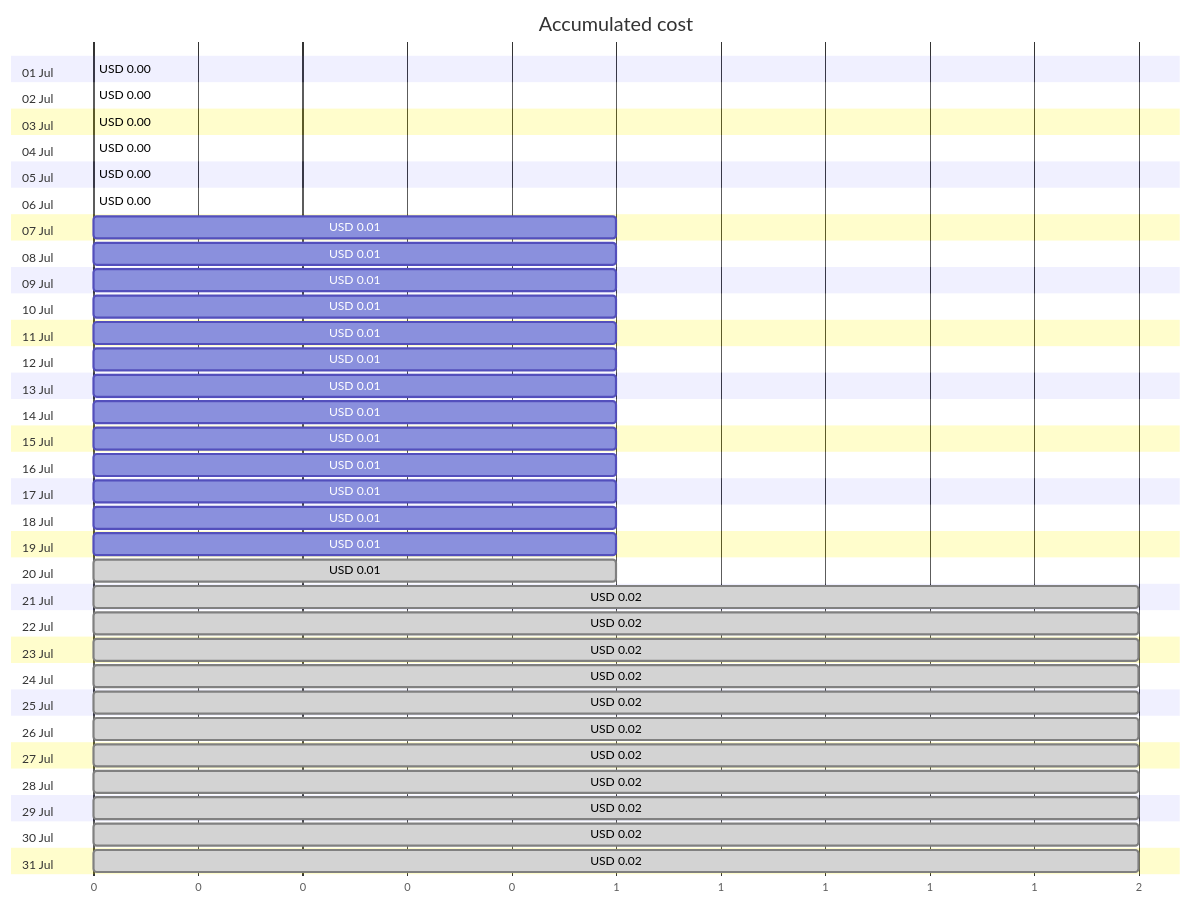
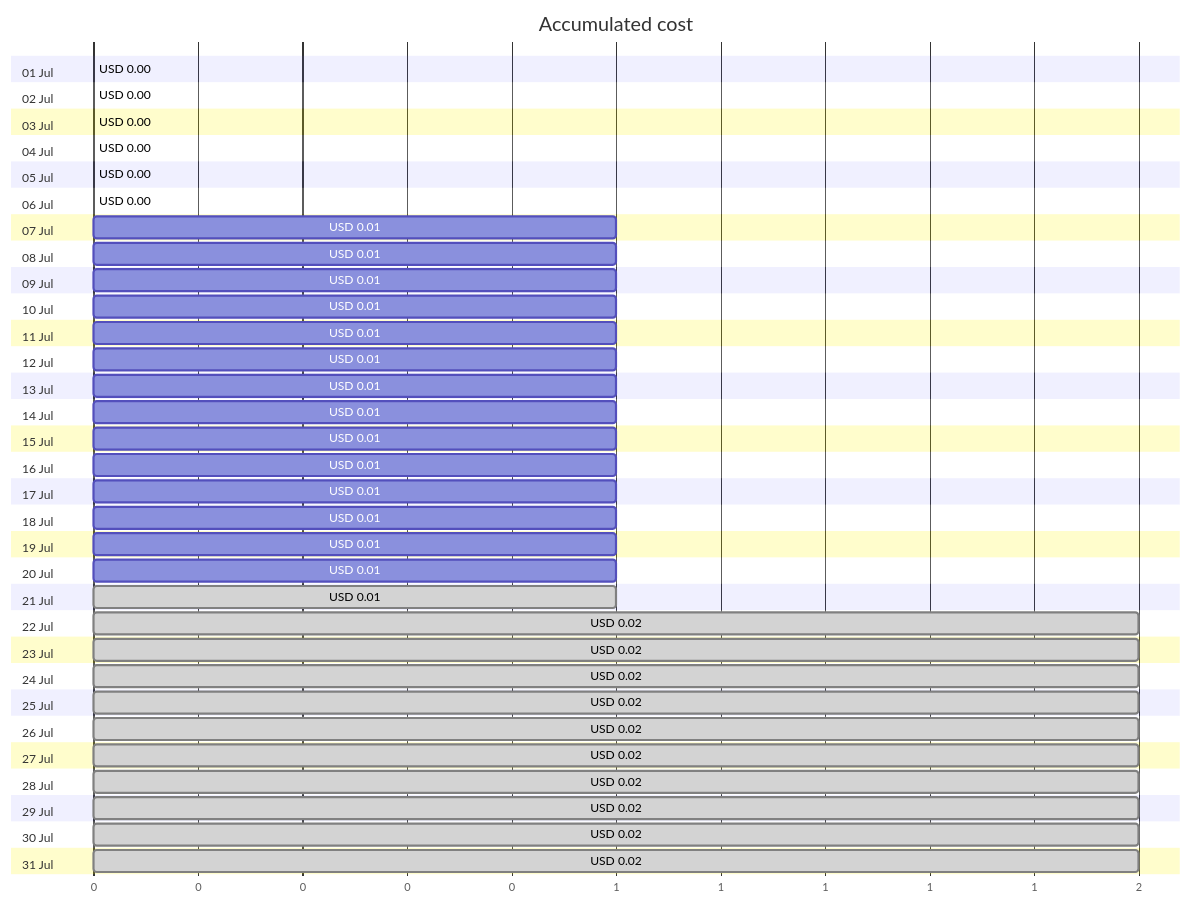
The first of 4 diagrams in cost-reports/personal-site/personalsiteapistorage.md (jpfulton/azure-personal-reports), drawn with Mermaid before and after one commit. The commit also changed other lines of this file and 6 other files, not shown here.

````diff
--- a/cost-reports/personal-site/personalsiteapistorage.md
+++ b/cost-reports/personal-site/personalsiteapistorage.md
@@ -20,68 +20,68 @@
 ```mermaid
 gantt
    title Accumulated cost
    dateFormat  X
    axisFormat %s
    section 01 Jul
    USD 0.00 :0, 0
    section 02 Jul
    USD 0.00 :0, 0
    section 03 Jul
    USD 0.00 :0, 0
    section 04 Jul
    USD 0.00 :0, 0
    section 05 Jul
    USD 0.00 :0, 0
    section 06 Jul
    USD 0.00 :0, 0
    section 07 Jul
    USD 0.01 :0, 1
    section 08 Jul
    USD 0.01 :0, 1
    section 09 Jul
    USD 0.01 :0, 1
    section 10 Jul
    USD 0.01 :0, 1
    section 11 Jul
    USD 0.01 :0, 1
    section 12 Jul
    USD 0.01 :0, 1
    section 13 Jul
    USD 0.01 :0, 1
    section 14 Jul
    USD 0.01 :0, 1
    section 15 Jul
    USD 0.01 :0, 1
    section 16 Jul
    USD 0.01 :0, 1
    section 17 Jul
    USD 0.01 :0, 1
    section 18 Jul
    USD 0.01 :0, 1
    section 19 Jul
    USD 0.01 :0, 1
    section 20 Jul
+   USD 0.01 :0, 1
+   section 21 Jul
    USD 0.01 : done, 0, 1
-   section 21 Jul
-   USD 0.02 : done, 0, 2
    section 22 Jul
    USD 0.02 : done, 0, 2
    section 23 Jul
    USD 0.02 : done, 0, 2
    section 24 Jul
    USD 0.02 : done, 0, 2
    section 25 Jul
    USD 0.02 : done, 0, 2
    section 26 Jul
    USD 0.02 : done, 0, 2
    section 27 Jul
    USD 0.02 : done, 0, 2
    section 28 Jul
    USD 0.02 : done, 0, 2
    section 29 Jul
    USD 0.02 : done, 0, 2
    section 30 Jul
    USD 0.02 : done, 0, 2
    section 31 Jul
    USD 0.02 : done, 0, 2
 ```
````
